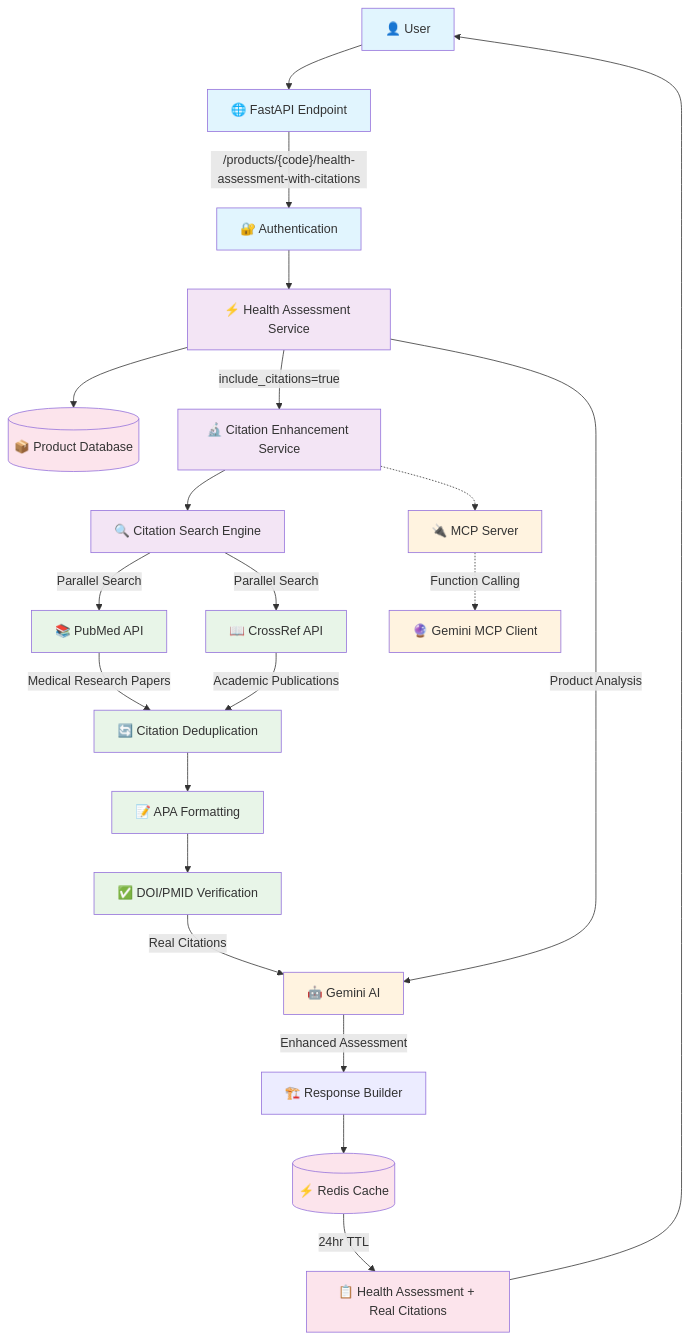
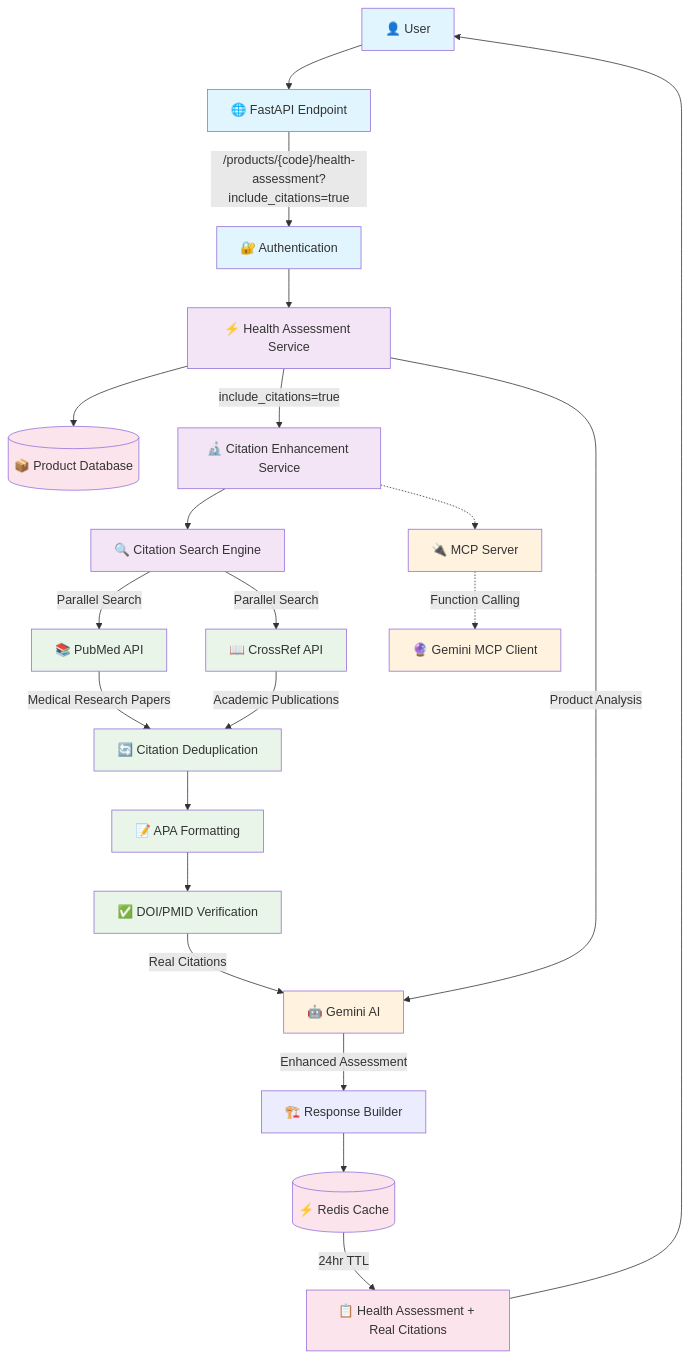
One commit to lexypaul13/Clear-Meat changed the diagram in docs/SYSTEMS_ARCHITECTURE.md. Above: the diagram before and after it, drawn with Mermaid. The commit also changed other lines of this file and 2 other files, not shown here.

First line of the commit message:
refactor: Consolidate health assessment endpoints and clean up logging

````diff
--- a/docs/SYSTEMS_ARCHITECTURE.md
+++ b/docs/SYSTEMS_ARCHITECTURE.md
@@ -9,49 +9,49 @@
 ```mermaid
 graph TB
     %% User Request Layer
     User[👤 User] --> API[🌐 FastAPI Endpoint]
-    API --> |"/products/{code}/health-assessment-with-citations"| Auth[🔐 Authentication]
+    API --> |"/products/{code}/health-assessment?include_citations=true"| Auth[🔐 Authentication]
     
     %% Core Processing Layer
     Auth --> HealthService[⚡ Health Assessment Service]
     HealthService --> ProductDB[(📦 Product Database)]
     HealthService --> |"include_citations=true"| CitationService[🔬 Citation Enhancement Service]
     
     %% Citation Search Engine
     CitationService --> SearchEngine[🔍 Citation Search Engine]
     SearchEngine --> |"Parallel Search"| PubMed[📚 PubMed API]
     SearchEngine --> |"Parallel Search"| CrossRef[📖 CrossRef API]
     
     %% Processing & Quality Control
     PubMed --> |"Medical Research Papers"| Deduplication[🔄 Citation Deduplication]
     CrossRef --> |"Academic Publications"| Deduplication
     Deduplication --> Formatting[📝 APA Formatting]
     Formatting --> Verification[✅ DOI/PMID Verification]
     
     %% AI Integration Layer
     Verification --> |"Real Citations"| GeminiAI[🤖 Gemini AI]
     HealthService --> |"Product Analysis"| GeminiAI
     GeminiAI --> |"Enhanced Assessment"| ResponseBuilder[🏗️ Response Builder]
     
     %% Caching & Response
     ResponseBuilder --> Cache[(⚡ Redis Cache)]
     Cache --> |"24hr TTL"| FinalResponse[📋 Health Assessment + Real Citations]
     FinalResponse --> User
     
     %% MCP Integration (Future)
     CitationService -.-> MCPServer[🔌 MCP Server]
     MCPServer -.-> |"Function Calling"| GeminiMCP[🔮 Gemini MCP Client]
     
     %% Styling
     classDef userLayer fill:#e1f5fe
     classDef apiLayer fill:#f3e5f5
     classDef searchLayer fill:#e8f5e8
     classDef aiLayer fill:#fff3e0
     classDef dataLayer fill:#fce4ec
     
     class User,API,Auth userLayer
     class HealthService,CitationService,SearchEngine apiLayer
     class PubMed,CrossRef,Deduplication,Formatting,Verification searchLayer
     class GeminiAI,MCPServer,GeminiMCP aiLayer
     class ProductDB,Cache,FinalResponse dataLayer
 ```
````
